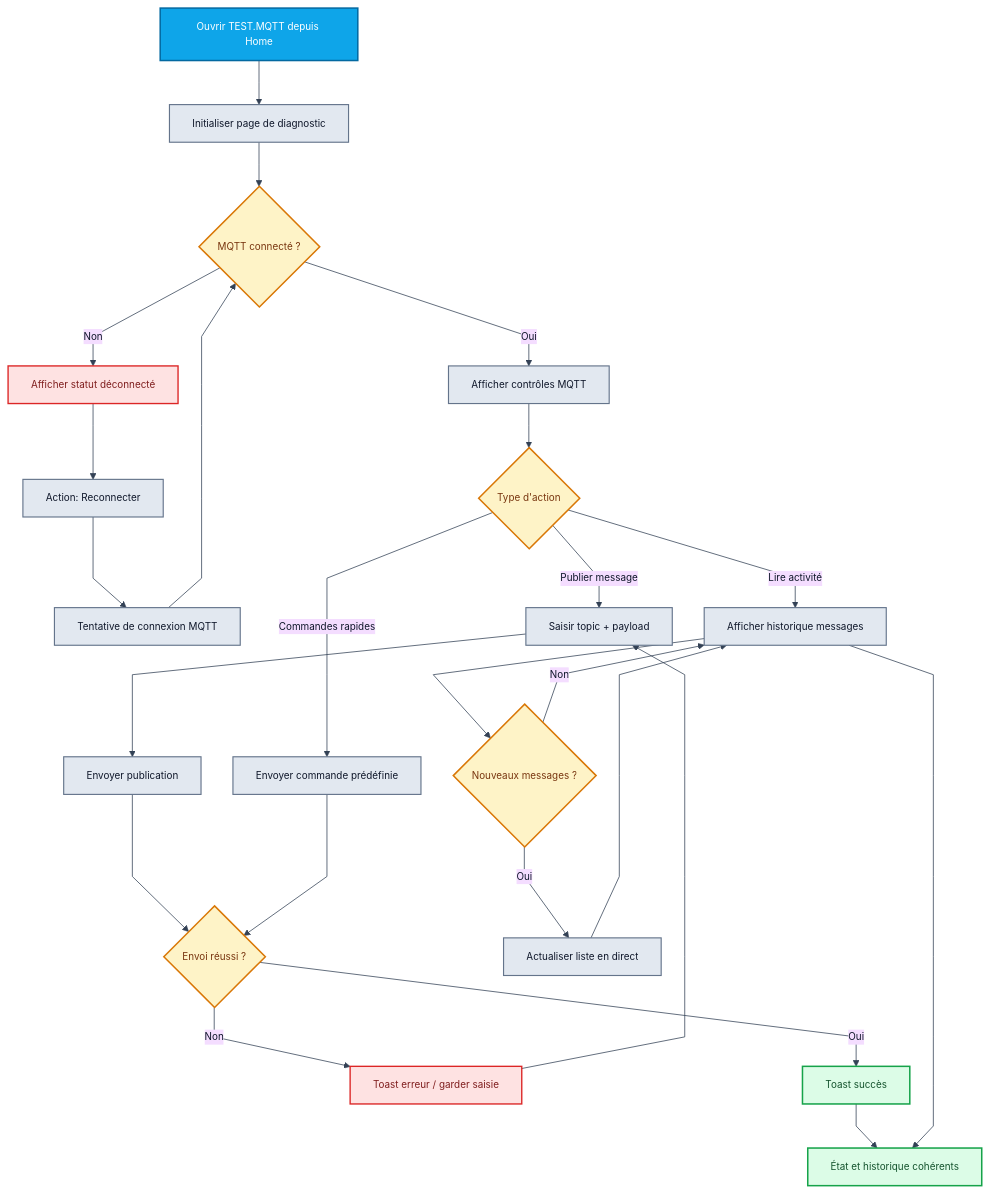
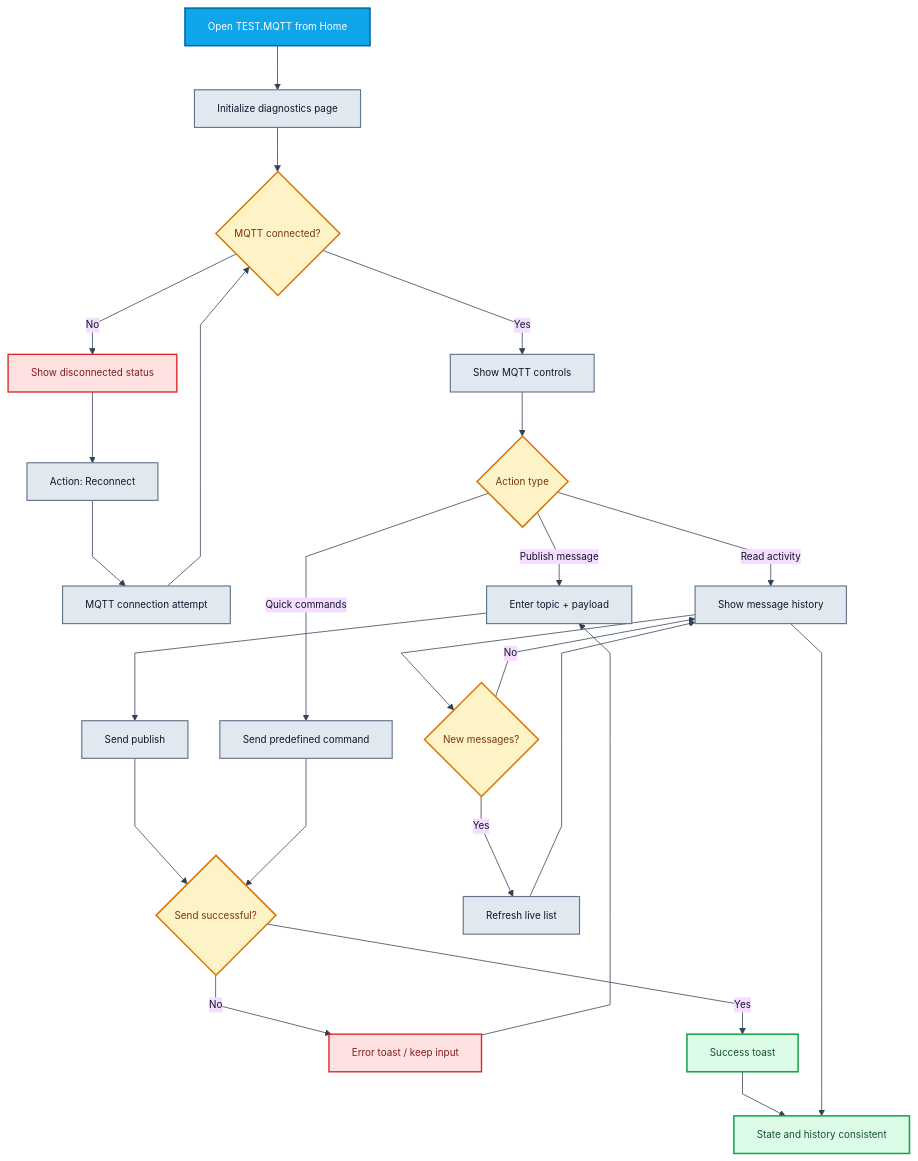
The eighth of 8 diagrams in LOGIGRAMMES_MERMAID.md (Kacper264/WaveControl-Mobile_App), drawn with Mermaid before and after one commit. The commit also changed other lines of this file and 41 other files, not shown here.

````diff
--- a/LOGIGRAMMES_MERMAID.md
+++ b/LOGIGRAMMES_MERMAID.md
@@ -526,70 +401,70 @@
 ```mermaid
 ---
 config:
   theme: base
   flowchart:
     nodeSpacing: 42
     rankSpacing: 58
     curve: linear
   themeVariables:
     fontSize: 13px
     lineColor: '#334155'
     primaryTextColor: '#0f172a'
     fontFamily: Inter,Segoe UI,Arial
   layout: fixed
 ---
 flowchart TB
-    A["Ouvrir TEST.MQTT depuis Home"] --> B["Initialiser page de diagnostic"]
-    B --> C{"MQTT connecté ?"}
+  A["Open TEST.MQTT from Home"] --> B["Initialize diagnostics page"]
+  B --> C{"MQTT connected?"}
 
-    C -- Non --> D["Afficher statut déconnecté"]
-    D --> E["Action: Reconnecter"]
-    E --> F["Tentative de connexion MQTT"]
+  C -- No --> D["Show disconnected status"]
+  D --> E["Action: Reconnect"]
+  E --> F["MQTT connection attempt"]
     F --> C
 
-    C -- Oui --> G["Afficher contrôles MQTT"]
-    G --> H{"Type d'action"}
+  C -- Yes --> G["Show MQTT controls"]
+  G --> H{"Action type"}
 
-    H -- Publier message --> I["Saisir topic + payload"]
-    I --> J["Envoyer publication"]
-    J --> K{"Envoi réussi ?"}
-    K -- Non --> L["Toast erreur / garder saisie"]
+  H -- Publish message --> I["Enter topic + payload"]
+  I --> J["Send publish"]
+  J --> K{"Send successful?"}
+  K -- No --> L["Error toast / keep input"]
     L --> I
-    K -- Oui --> M["Toast succès"]
+  K -- Yes --> M["Success toast"]
 
-    H -- Lire activité --> N["Afficher historique messages"]
-    N --> O{"Nouveaux messages ?"}
-    O -- Oui --> P["Actualiser liste en direct"]
+  H -- Read activity --> N["Show message history"]
+  N --> O{"New messages?"}
+  O -- Yes --> P["Refresh live list"]
     P --> N
-    O -- Non --> N
+  O -- No --> N
 
-    H -- Commandes rapides --> Q["Envoyer commande prédéfinie"]
+  H -- Quick commands --> Q["Send predefined command"]
     Q --> K
 
-    M --> R["État et historique cohérents"]
+  M --> R["State and history consistent"]
     N --> R
 
      A:::start
      B:::action
      C:::decision
      D:::warning
      E:::action
      F:::action
      G:::action
      H:::decision
      I:::action
      J:::action
      K:::decision
      L:::warning
      M:::result
      N:::action
      O:::decision
      P:::action
      Q:::action
      R:::result
     classDef start fill:#0ea5e9,stroke:#0369a1,color:#ffffff,stroke-width:2px
     classDef action fill:#e2e8f0,stroke:#64748b,color:#0f172a,stroke-width:1.5px
     classDef decision fill:#fef3c7,stroke:#d97706,color:#78350f,stroke-width:2px
     classDef result fill:#dcfce7,stroke:#16a34a,color:#14532d,stroke-width:2px
     classDef warning fill:#fee2e2,stroke:#dc2626,color:#7f1d1d,stroke-width:1.8px
 ```
````
